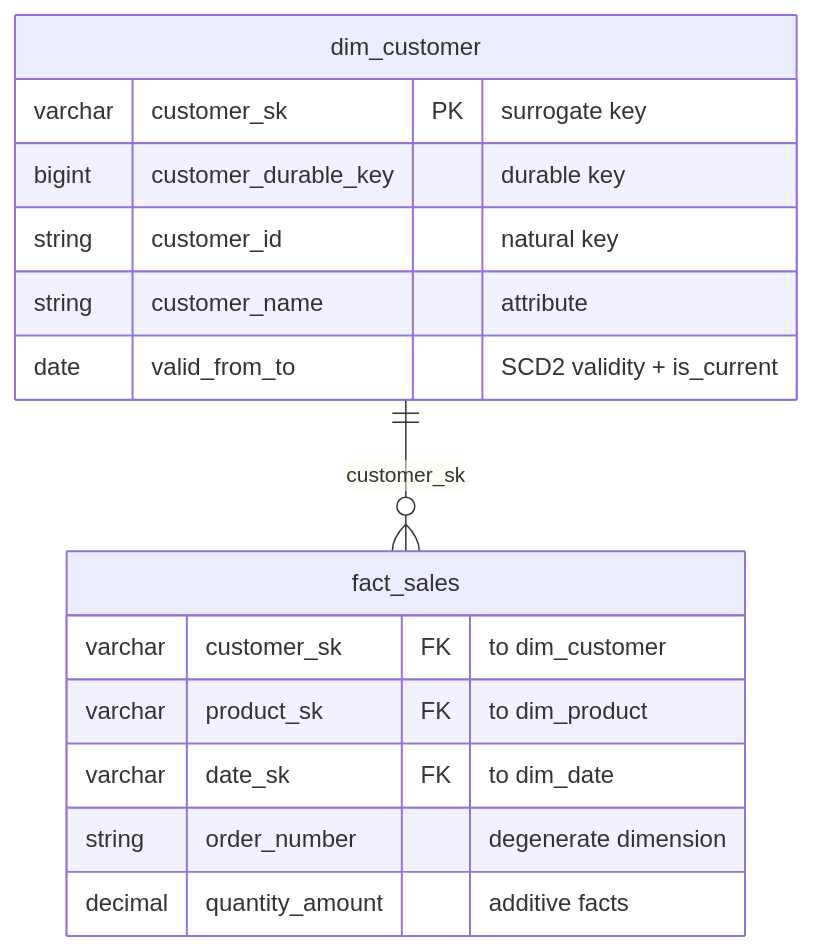
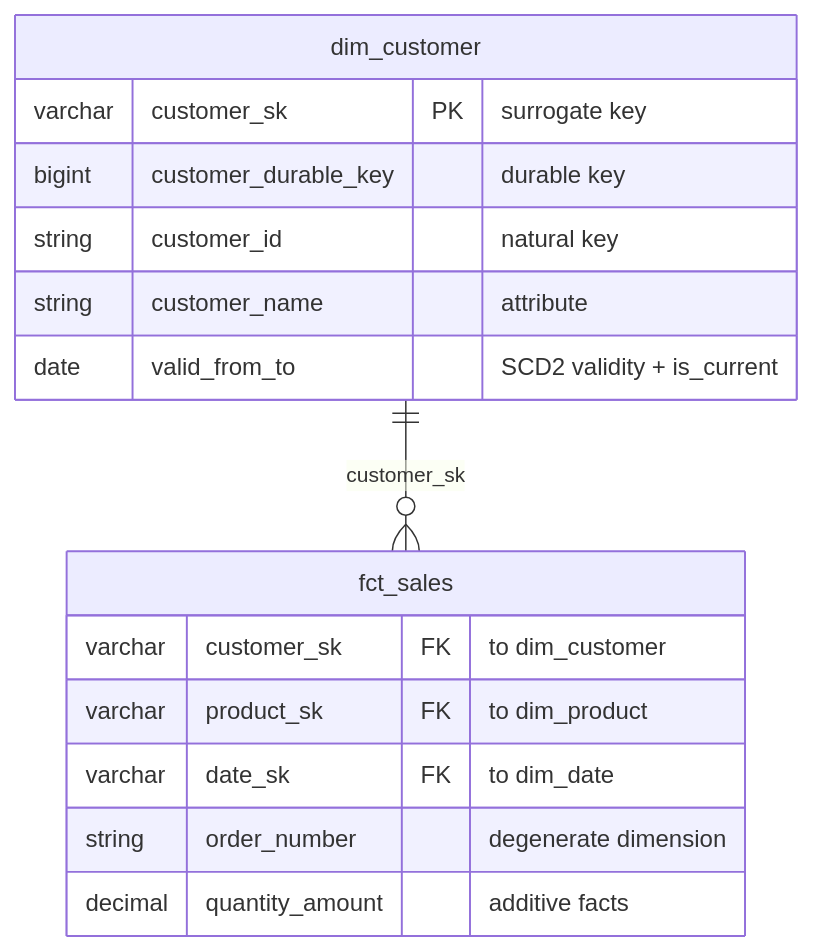
Before and after one commit to dyvenia/dim-modelling-docs: the diagram in src/concepts/kimball-keys.md, drawn with Mermaid. The commit also changed other lines of this file and 8 other files, not shown here.

Commit message:
🎨 Align fact prefix to `fct_` in the remaining 9 pages

````diff
--- a/src/concepts/kimball-keys.md
+++ b/src/concepts/kimball-keys.md
@@ -130,18 +130,18 @@
 ```mermaid
 erDiagram
-    dim_customer ||--o{ fact_sales : "customer_sk"
+    dim_customer ||--o{ fct_sales : "customer_sk"
     dim_customer {
         varchar customer_sk PK "surrogate key"
         bigint customer_durable_key "durable key"
         string customer_id "natural key"
         string customer_name "attribute"
         date valid_from_to "SCD2 validity + is_current"
     }
-    fact_sales {
+    fct_sales {
         varchar customer_sk FK "to dim_customer"
         varchar product_sk FK "to dim_product"
         varchar date_sk FK "to dim_date"
         string order_number "degenerate dimension"
         decimal quantity_amount "additive facts"
     }
 ```
````
